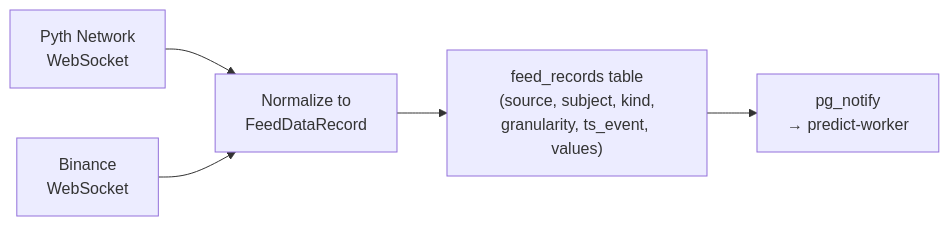
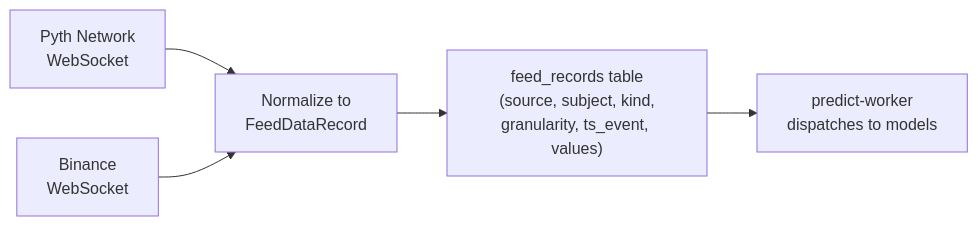
One commit to crunchdao/crunch-node-starter changed the second of 4 diagrams in docs/data-pipeline.md. Above: the diagram before and after it, drawn with Mermaid. The commit also changed other lines of this file and 24 other files, not shown here.

````diff
--- a/docs/data-pipeline.md
+++ b/docs/data-pipeline.md
@@ -63,7 +57,7 @@
 ```mermaid
 graph LR
     A["Pyth Network<br/>WebSocket"] --> N["Normalize to<br/>FeedDataRecord"]
     B["Binance<br/>WebSocket"] --> N
     N --> DB["feed_records table<br/>(source, subject, kind,<br/>granularity, ts_event, values)"]
-    DB --> NOTIFY["pg_notify<br/>→ predict-worker"]
+    DB --> PREDICT["predict-worker<br/>dispatches to models"]
 ```
````
